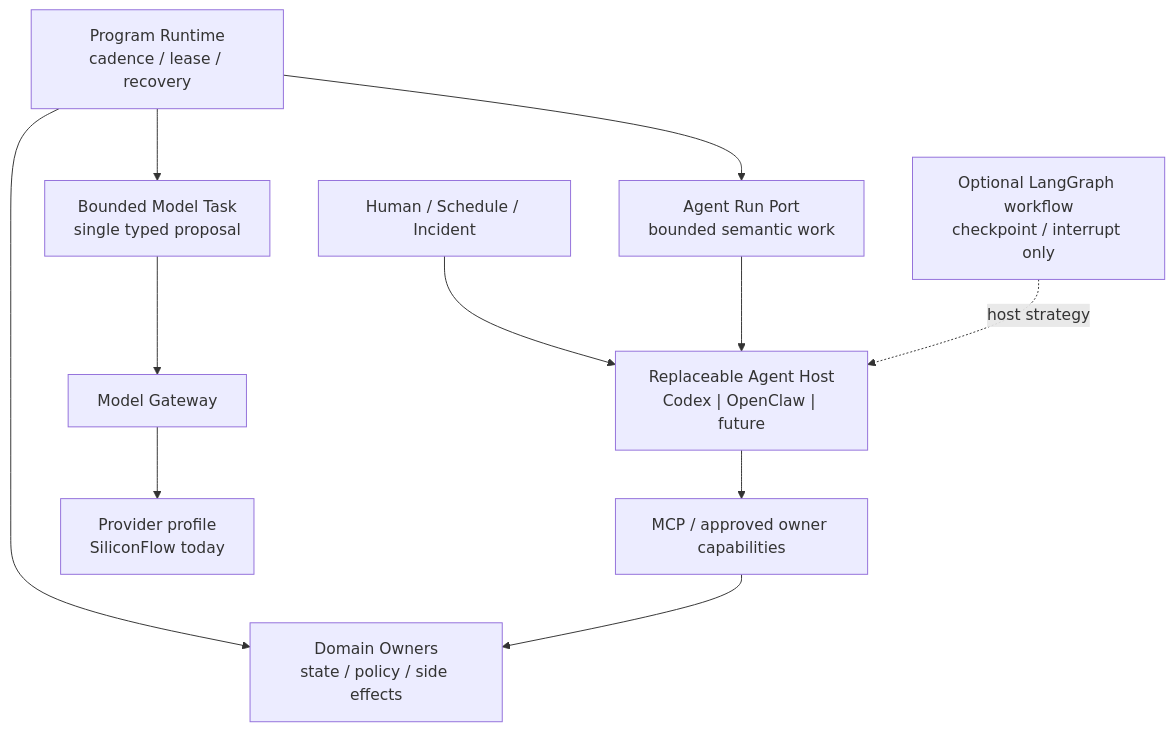
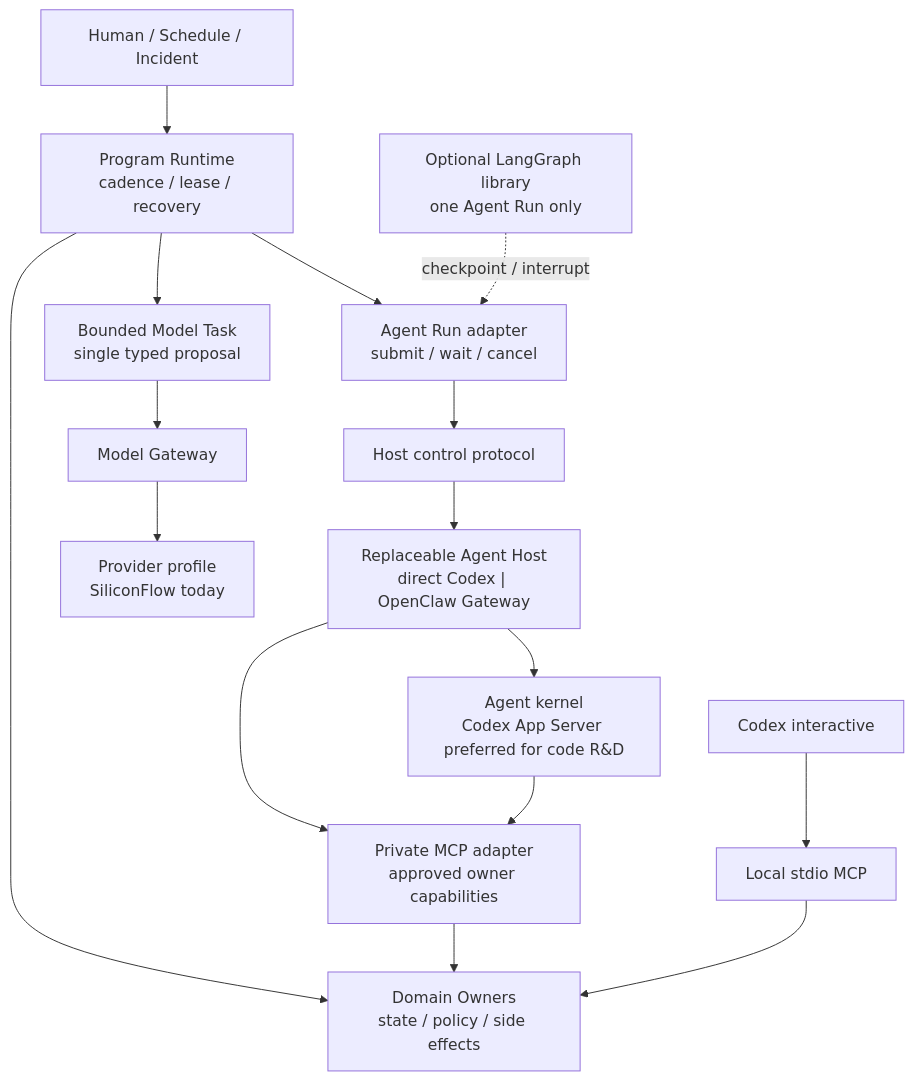
Before and after one commit to qOeOp/trade: the diagram in docs/architecture/migrations/agent-host-runtime-integration-plan.md, drawn with Mermaid. The commit also changed other lines of this file, not shown here.

Commit message:
docs(architecture): advance agent host integration

````diff
--- a/docs/architecture/migrations/agent-host-runtime-integration-plan.md
+++ b/docs/architecture/migrations/agent-host-runtime-integration-plan.md
@@ -22,13 +23,18 @@
 ```mermaid
 flowchart TB
   PR["Program Runtime<br/>cadence / lease / recovery"] --> OW["Domain Owners<br/>state / policy / side effects"]
   PR --> MT["Bounded Model Task<br/>single typed proposal"]
-  PR --> AR["Agent Run Port<br/>bounded semantic work"]
-  UI["Human / Schedule / Incident"] --> AH["Replaceable Agent Host<br/>Codex | OpenClaw | future"]
-  AR --> AH
-  AH --> MCP["MCP / approved owner capabilities"]
+  PR --> AR["Agent Run adapter<br/>submit / wait / cancel"]
+  UI["Human / Schedule / Incident"] --> PR
+  AR --> RPC["Host control protocol"]
+  RPC --> AH["Replaceable Agent Host<br/>direct Codex | OpenClaw Gateway"]
+  AH --> CK["Agent kernel<br/>Codex App Server preferred for code R&D"]
+  AH --> MCP["Private MCP adapter<br/>approved owner capabilities"]
+  CK --> MCP
   MCP --> OW
-  LG["Optional LangGraph workflow<br/>checkpoint / interrupt only"] -. "host strategy" .-> AH
+  CODEXMCP["Local stdio MCP"] --> OW
+  CODEX["Codex interactive"] --> CODEXMCP
+  LG["Optional LangGraph library<br/>one Agent Run only"] -. "checkpoint / interrupt" .-> AR
   MT --> MG["Model Gateway"]
   MG --> SF["Provider profile<br/>SiliconFlow today"]
 ```
````
